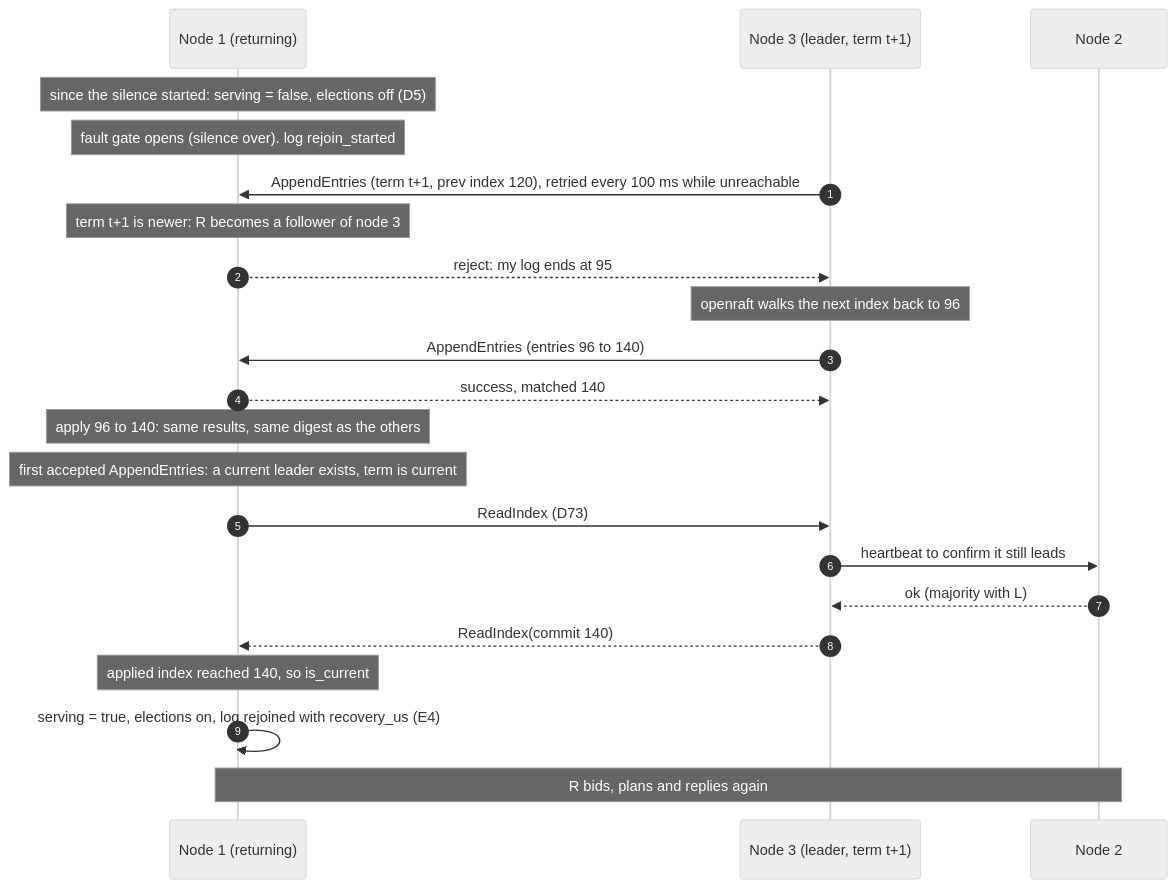
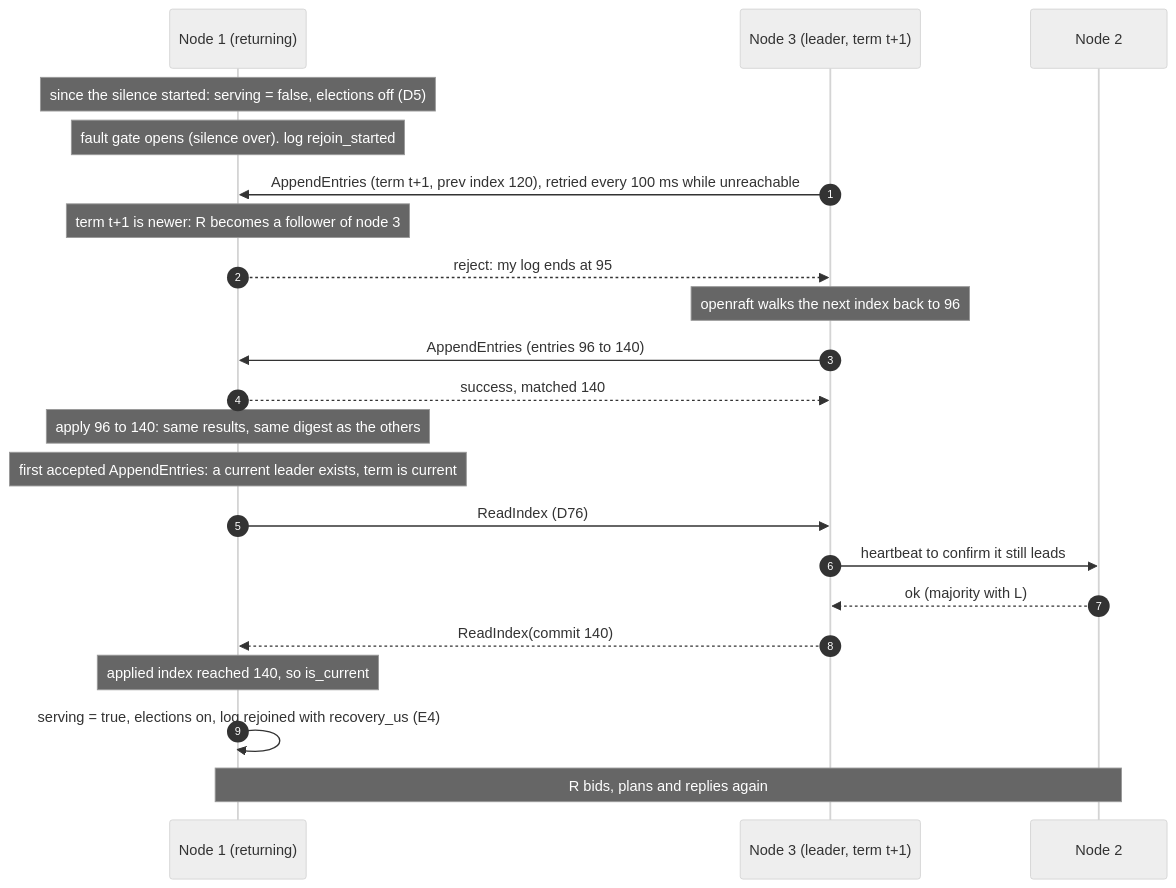
Before and after one commit to noortaytoy1/DistributedSystems: diagram 15 of 26 in docs/architecture.md, drawn with Mermaid (neutral theme). The commit also changed other lines of this file and 14 other files, not shown here.

````diff
--- a/docs/architecture.md
+++ b/docs/architecture.md
@@ -578,24 +578,24 @@
 ```mermaid
 sequenceDiagram
     autonumber
     participant R as Node 1 (returning)
     participant L as Node 3 (leader, term t+1)
     participant N2 as Node 2
     Note over R: since the silence started: serving = false, elections off (D5)
     Note over R: fault gate opens (silence over). log rejoin_started
     L->>R: AppendEntries (term t+1, prev index 120), retried every 100 ms while unreachable
     Note over R: term t+1 is newer: R becomes a follower of node 3
     R-->>L: reject: my log ends at 95
     Note over L: openraft walks the next index back to 96
     L->>R: AppendEntries (entries 96 to 140)
     R-->>L: success, matched 140
     Note over R: apply 96 to 140: same results, same digest as the others
     Note over R: first accepted AppendEntries: a current leader exists, term is current
-    R->>L: ReadIndex (D73)
+    R->>L: ReadIndex (D76)
     L->>N2: heartbeat to confirm it still leads
     N2-->>L: ok (majority with L)
     L-->>R: ReadIndex(commit 140)
     Note over R: applied index reached 140, so is_current
     R->>R: serving = true, elections on, log rejoined with recovery_us (E4)
     Note over R,N2: R bids, plans and replies again
 ```
````
